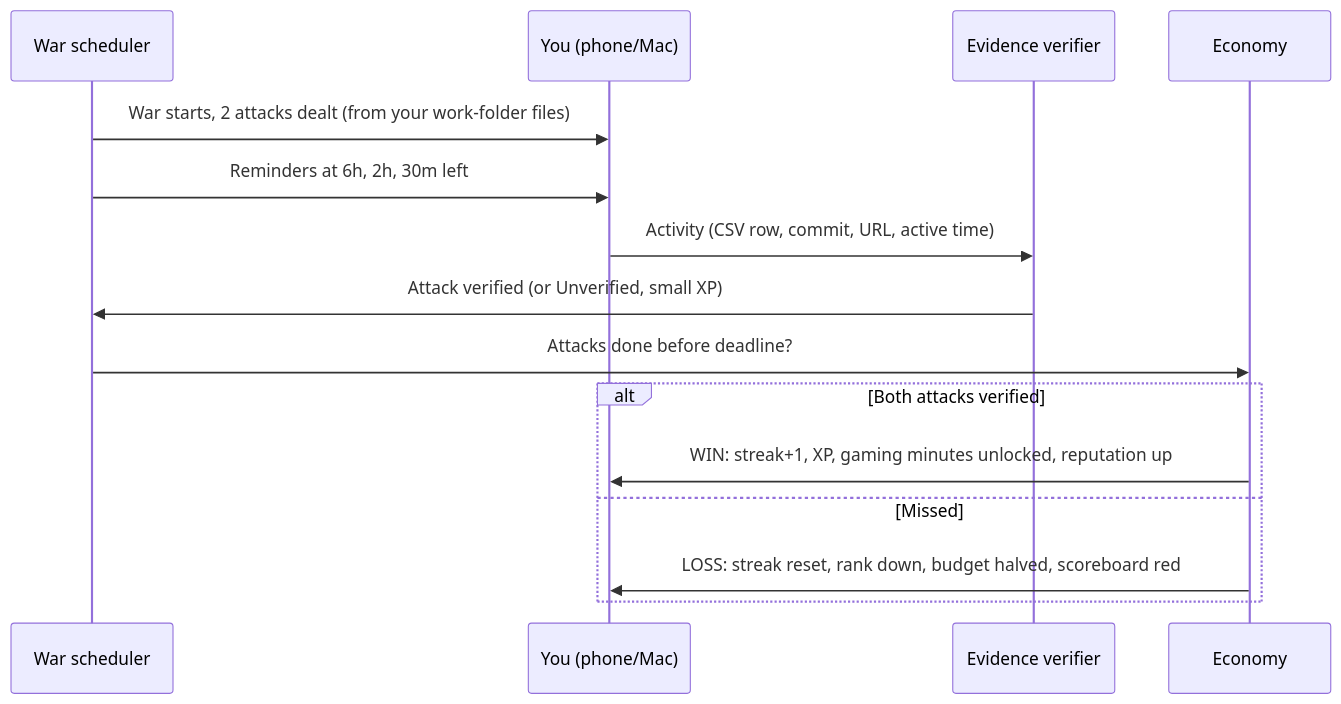
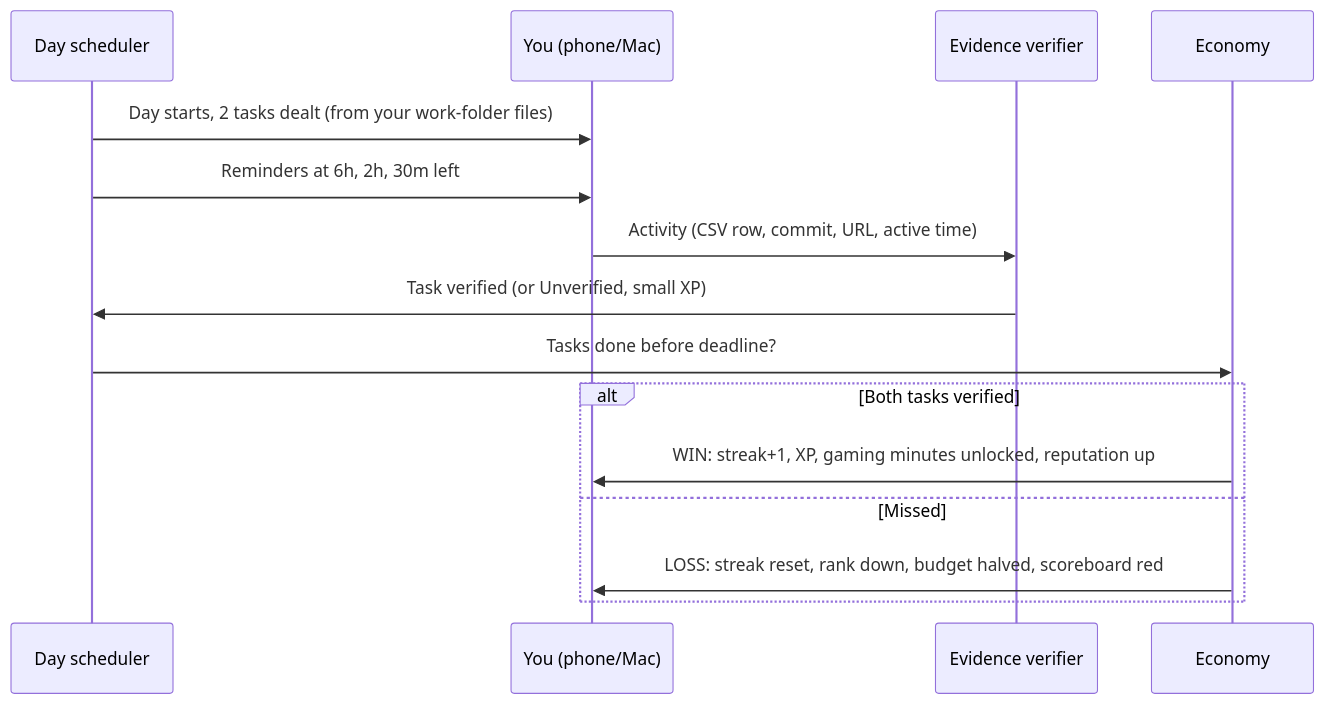
The fifth of 6 diagrams in docs/ARCHITECTURE.md (MSVhora/life-game), drawn with Mermaid before and after one commit. The commit also changed other lines of this file and 7 other files, not shown here.

````diff
--- a/docs/ARCHITECTURE.md
+++ b/docs/ARCHITECTURE.md
@@ -121,17 +121,17 @@
 ```mermaid
 sequenceDiagram
-  participant S as War scheduler
+  participant S as Day scheduler
   participant P as You (phone/Mac)
   participant V as Evidence verifier
   participant E as Economy
-  S->>P: War starts, 2 attacks dealt (from your work-folder files)
+  S->>P: Day starts, 2 tasks dealt (from your work-folder files)
   S->>P: Reminders at 6h, 2h, 30m left
   P->>V: Activity (CSV row, commit, URL, active time)
-  V->>S: Attack verified (or Unverified, small XP)
-  S->>E: Attacks done before deadline?
-  alt Both attacks verified
+  V->>S: Task verified (or Unverified, small XP)
+  S->>E: Tasks done before deadline?
+  alt Both tasks verified
     E->>P: WIN: streak+1, XP, gaming minutes unlocked, reputation up
   else Missed
     E->>P: LOSS: streak reset, rank down, budget halved, scoreboard red
   end
 ```
````
